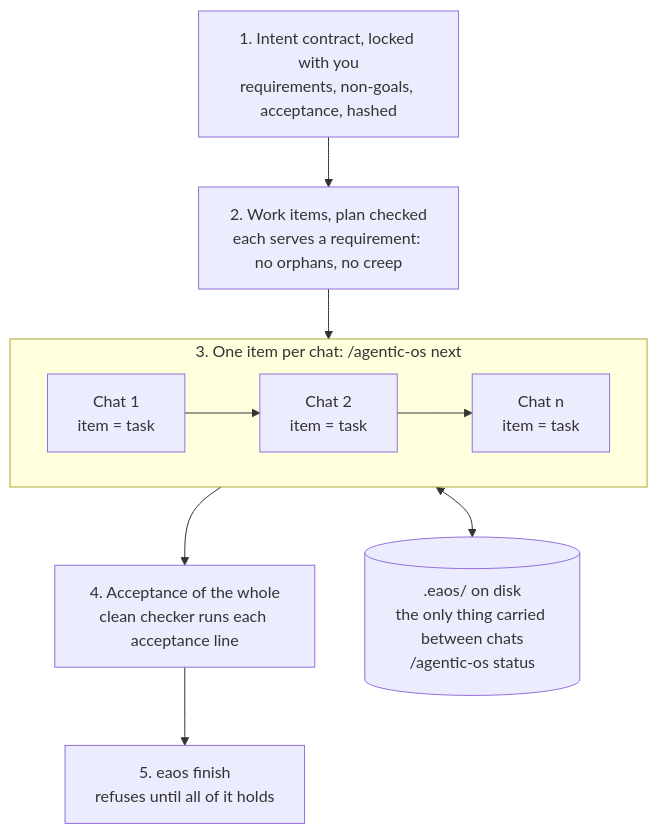
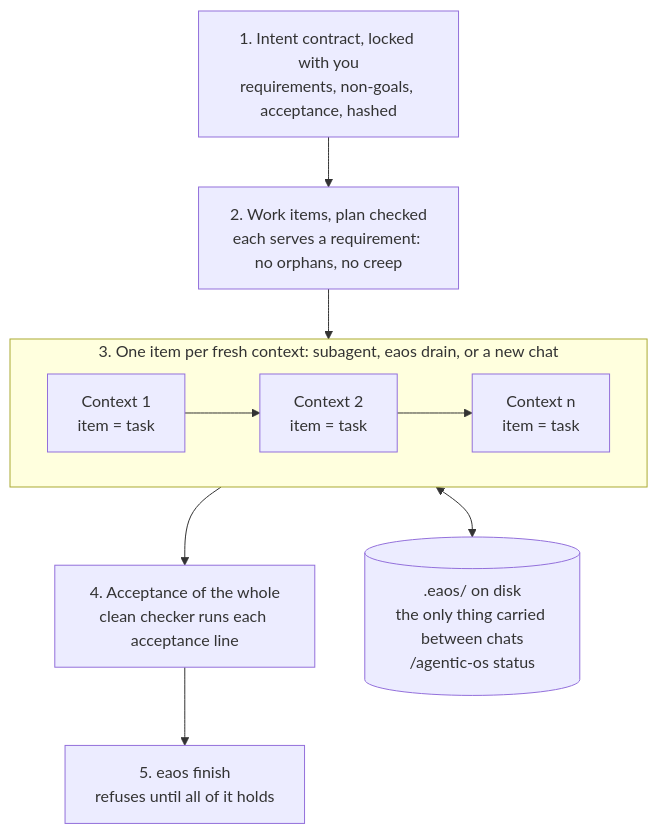
One commit to AmbitiousSam/eng-agent-os changed the third of 3 diagrams in README.md. Above: the diagram before and after it, drawn with Mermaid. The commit also changed other lines of this file and 9 other files, not shown here.

First line of the commit message:
feat: autonomy — headless checker, unattended goal drain, one item per context (v4.4.0)

````diff
--- a/README.md
+++ b/README.md
@@ -139,12 +142,12 @@
 ```mermaid
 flowchart TD
     g1["1. Intent contract, locked with you<br/>requirements, non-goals, acceptance, hashed"] --> g2["2. Work items, plan checked<br/>each serves a requirement: no orphans, no creep"]
     g2 --> g3
-    subgraph g3["3. One item per chat: /agentic-os next"]
+    subgraph g3["3. One item per fresh context: subagent, eaos drain, or a new chat"]
         direction LR
-        c1["Chat 1<br/>item = task"] --> c2["Chat 2<br/>item = task"] --> c3["Chat n<br/>item = task"]
+        c1["Context 1<br/>item = task"] --> c2["Context 2<br/>item = task"] --> c3["Context n<br/>item = task"]
     end
     g3 --> g4["4. Acceptance of the whole<br/>clean checker runs each acceptance line"]
     g4 --> g5["5. eaos finish<br/>refuses until all of it holds"]
     g3 <--> disk[(".eaos/ on disk<br/>the only thing carried between chats<br/>/agentic-os status")]
 ```
````
